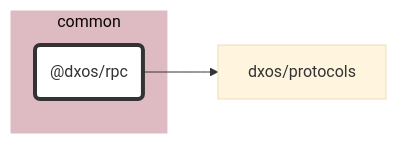
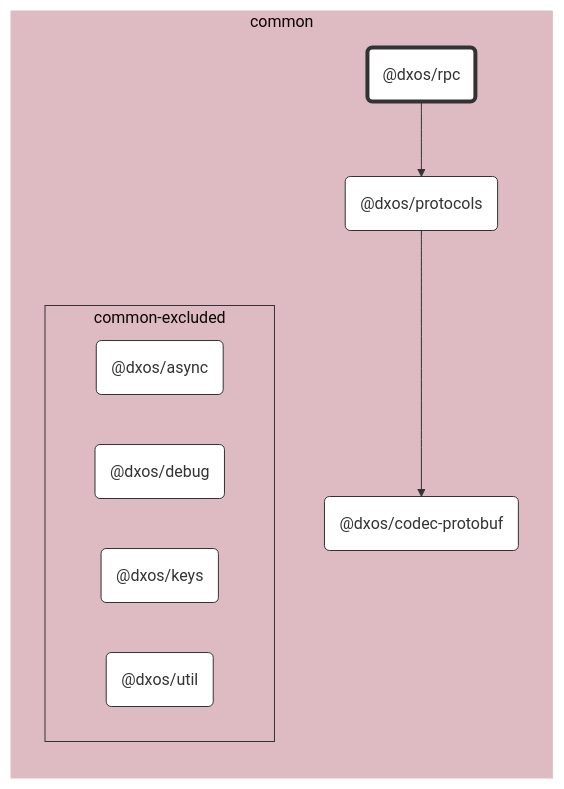
Before and after one commit to dxos/dxos: the diagram in packages/common/rpc/docs/README.md, drawn with Mermaid (base theme). The commit also changed 69 other files, not shown here.

````diff
--- a/packages/common/rpc/docs/README.md
+++ b/packages/common/rpc/docs/README.md
@@ -7,21 +7,38 @@
 ```mermaid
 %%{ init: {'flowchart':{'curve':'basis'}} }%%
 
 flowchart LR
 
 %% Classes
 classDef def fill:#fff,stroke:#333,stroke-width:1px
 classDef root fill:#fff,stroke:#333,stroke-width:4px
 
 %% Nodes
 
 subgraph common [common]
   style common fill:#debac2,stroke:#fff
   dxos/rpc("@dxos/rpc"):::root
   click dxos/rpc "dxos/dxos/tree/main/packages/common/rpc/docs"
+  dxos/codec-protobuf("@dxos/codec-protobuf"):::def
+  click dxos/codec-protobuf "dxos/dxos/tree/main/packages/common/codec-protobuf/docs"
+  dxos/protocols("@dxos/protocols"):::def
+  click dxos/protocols "dxos/dxos/tree/main/packages/common/protocols/docs"
+
+  subgraph common-excluded [common-excluded]
+    style common-excluded fill:#debac2,stroke:#333,stroke-dashed:5 5
+    dxos/async("@dxos/async"):::def
+    click dxos/async "dxos/dxos/tree/main/packages/common/async/docs"
+    dxos/debug("@dxos/debug"):::def
+    click dxos/debug "dxos/dxos/tree/main/packages/common/debug/docs"
+    dxos/keys("@dxos/keys"):::def
+    click dxos/keys "dxos/dxos/tree/main/packages/common/keys/docs"
+    dxos/util("@dxos/util"):::def
+    click dxos/util "dxos/dxos/tree/main/packages/common/util/docs"
+  end
 end
 
 %% Links
 linkStyle default stroke:#333,stroke-width:1px
 dxos/rpc --> dxos/protocols
+dxos/protocols --> dxos/codec-protobuf
 ```
````
